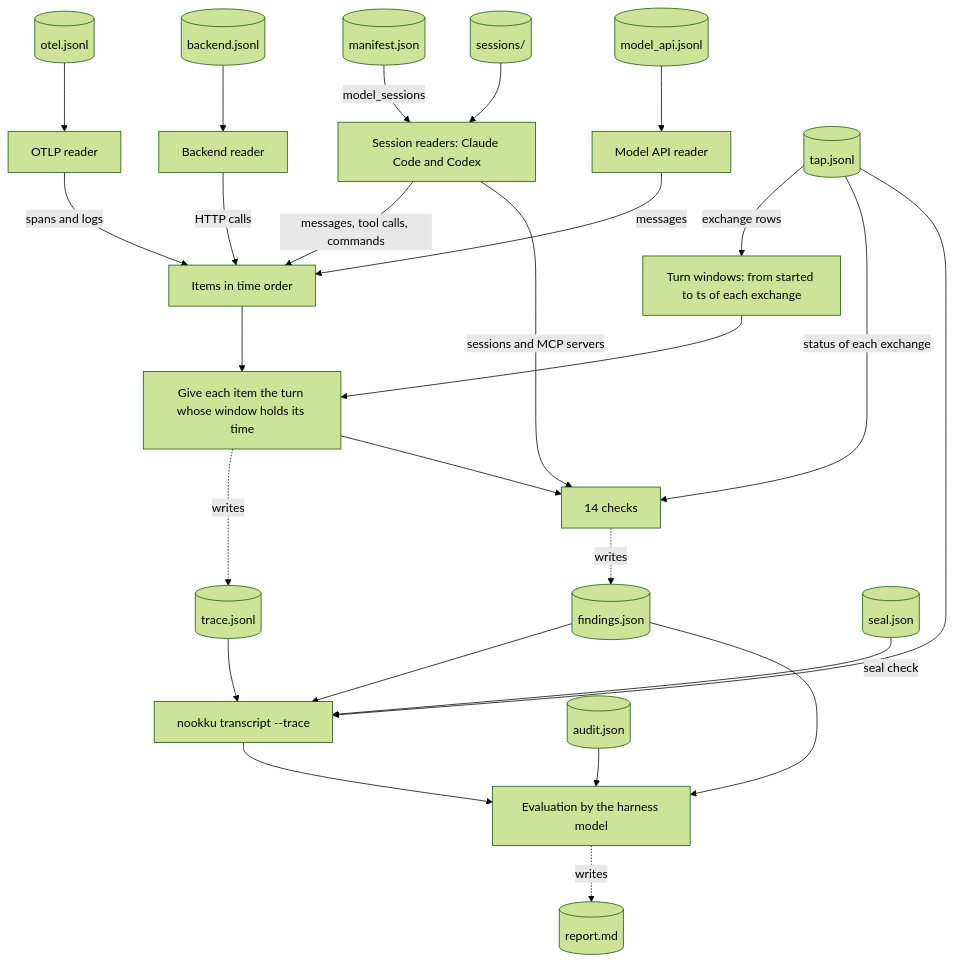
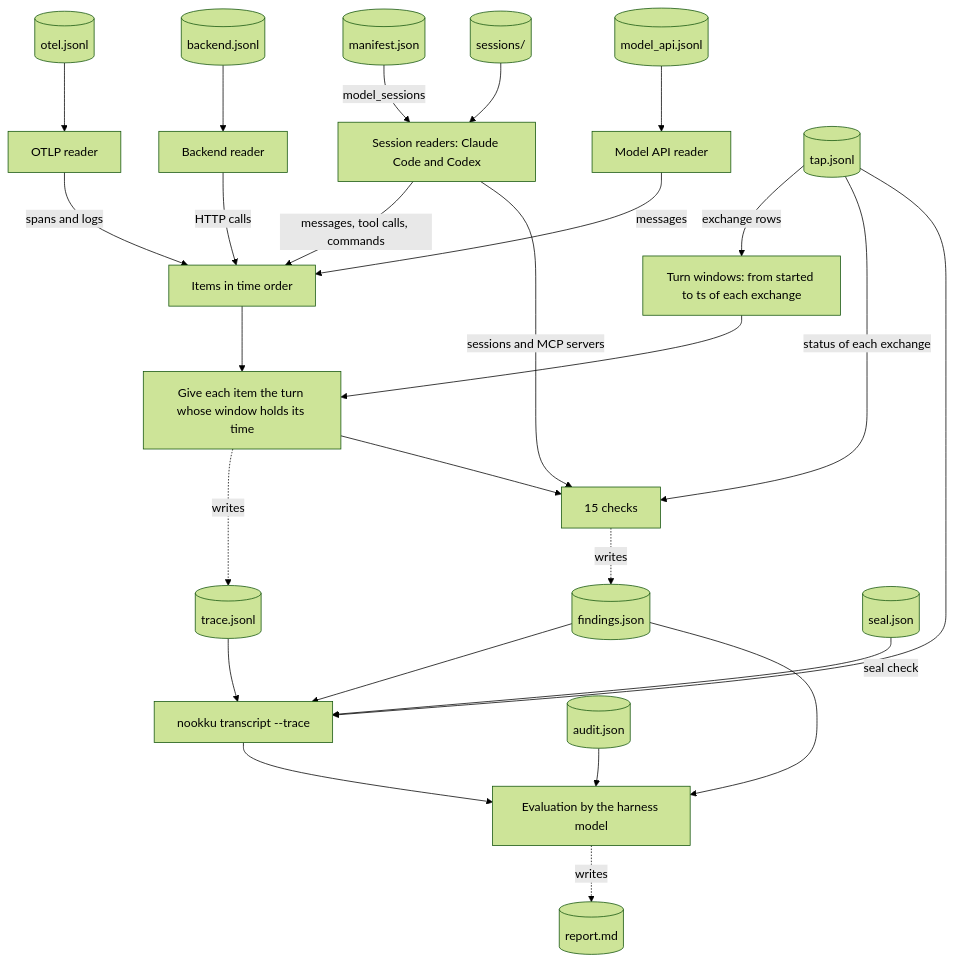
Before and after one commit to mohanraj00/nookku: the fourth of 4 diagrams in docs/architecture.md, drawn with Mermaid (forest theme). The commit also changed other lines of this file and 29 other files, not shown here.

````diff
--- a/docs/architecture.md
+++ b/docs/architecture.md
@@ -207,28 +207,28 @@
 ```mermaid
 flowchart TB
     manifestrec[(manifest.json)] -->|model_sessions| sreaders[Session readers: Claude Code and Codex]
     sessions[(sessions/)] --> sreaders
     otelrec[(otel.jsonl)] --> oreader[OTLP reader]
     backendrec[(backend.jsonl)] --> breader[Backend reader]
     modelrec[(model_api.jsonl)] --> mreader[Model API reader]
     sreaders -->|messages, tool calls, commands| items[Items in time order]
     oreader -->|spans and logs| items
     breader -->|HTTP calls| items
     mreader -->|messages| items
     taprec[(tap.jsonl)] -->|exchange rows| windows[Turn windows: from started to ts of each exchange]
     items --> assign[Give each item the turn whose window holds its time]
     windows --> assign
     assign -.->|writes| tracerec[(trace.jsonl)]
-    assign --> checks[14 checks]
+    assign --> checks[15 checks]
     sreaders -->|sessions and MCP servers| checks
     taprec -->|status of each exchange| checks
     checks -.->|writes| findingsrec[(findings.json)]
     taprec --> transcript[nookku transcript --trace]
     tracerec --> transcript
     findingsrec --> transcript
     sealrec[(seal.json)] -->|seal check| transcript
     transcript --> eval[Evaluation by the harness model]
     findingsrec --> eval
     auditrec[(audit.json)] --> eval
     eval -.->|writes| report[(report.md)]
 ```
````
